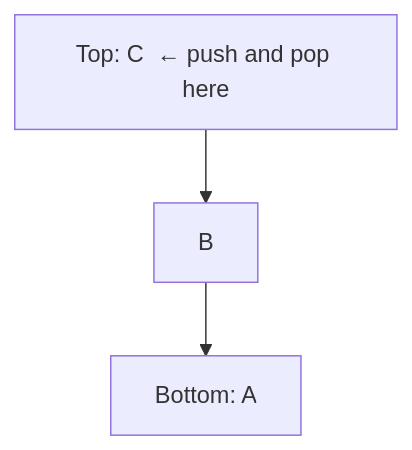
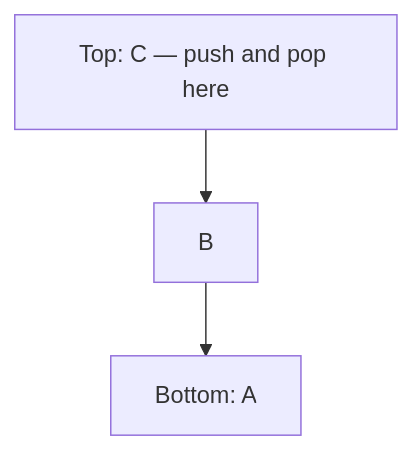
The second of 19 diagrams in ReadMe.md (xolghadr/dsa-guide), drawn with Mermaid before and after one commit. The commit also changed other lines of this file, not shown here.

````diff
--- a/ReadMe.md
+++ b/ReadMe.md
@@ -84,7 +89,7 @@
 ```mermaid
 flowchart TB
-    top[Top: C  ← push and pop here]
+    top["Top: C — push and pop here"]
     mid[B]
-    bot[Bottom: A]
+    bot["Bottom: A"]
     top --> mid --> bot
 ```
````
